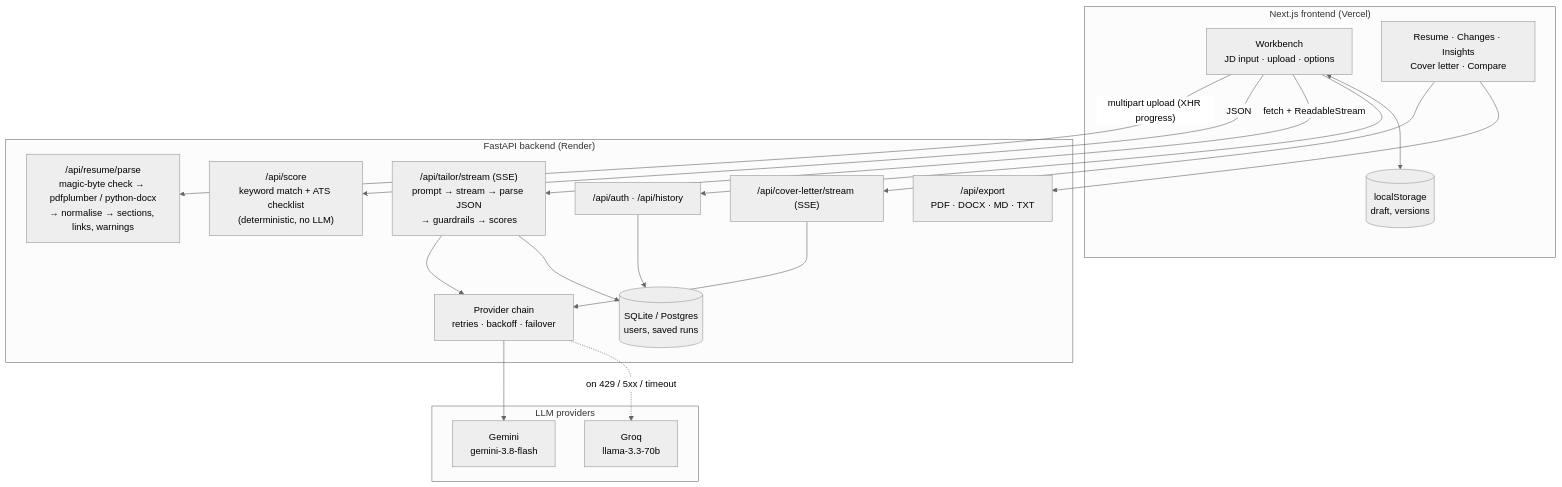
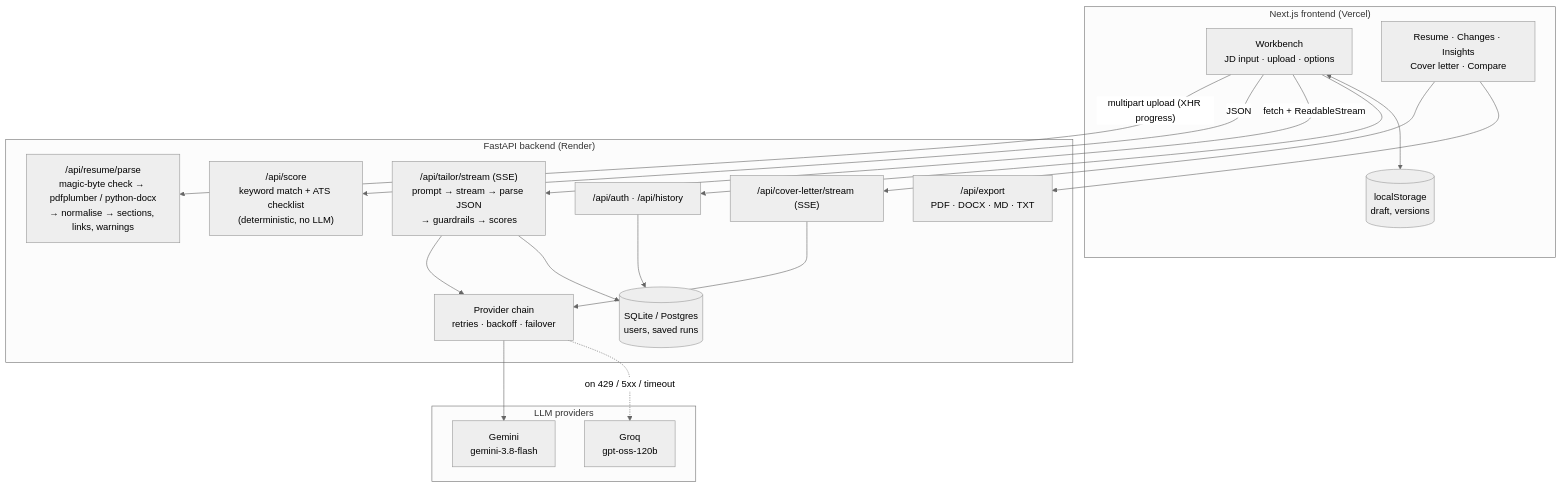
One commit to xKakshil/resume-customizer changed the diagram in README.md. Above: the diagram before and after it, drawn with Mermaid (neutral theme). The commit also changed other lines of this file and 6 other files, not shown here.

Commit message:
Switch Groq fallback to gpt-oss-120b; skip rate-limited providers

````diff
--- a/README.md
+++ b/README.md
@@ -108,38 +108,38 @@
 ```mermaid
 flowchart TB
     subgraph FE["Next.js frontend (Vercel)"]
         UI["Workbench<br/>JD input · upload · options"]
         VIEWS["Resume · Changes · Insights<br/>Cover letter · Compare"]
         LS[("localStorage<br/>draft, versions")]
     end
 
     subgraph BE["FastAPI backend (Render)"]
         PARSE["/api/resume/parse<br/>magic-byte check → pdfplumber / python-docx<br/>→ normalise → sections, links, warnings"]
         SCORE["/api/score<br/>keyword match + ATS checklist<br/>(deterministic, no LLM)"]
         TAILOR["/api/tailor/stream (SSE)<br/>prompt → stream → parse JSON<br/>→ guardrails → scores"]
         COVER["/api/cover-letter/stream (SSE)"]
         EXPORT["/api/export<br/>PDF · DOCX · MD · TXT"]
         AUTH["/api/auth · /api/history"]
         CHAIN["Provider chain<br/>retries · backoff · failover"]
         DB[("SQLite / Postgres<br/>users, saved runs")]
     end
 
     subgraph LLM["LLM providers"]
         GEM["Gemini<br/>gemini-3.8-flash"]
-        GROQ["Groq<br/>llama-3.3-70b"]
+        GROQ["Groq<br/>gpt-oss-120b"]
     end
 
     UI -- "multipart upload (XHR progress)" --> PARSE
     UI -- JSON --> SCORE
     UI -- "fetch + ReadableStream" --> TAILOR
     VIEWS --> COVER
     VIEWS --> EXPORT
     UI --> AUTH
     UI <--> LS
     TAILOR --> CHAIN
     COVER --> CHAIN
     CHAIN --> GEM
     CHAIN -. "on 429 / 5xx / timeout" .-> GROQ
     TAILOR --> DB
     AUTH --> DB
 ```
````
